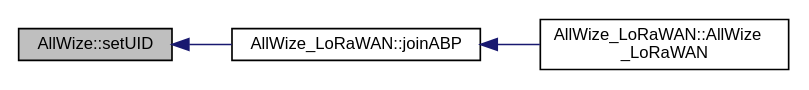
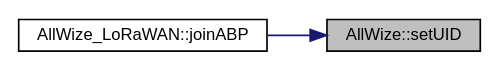
Before and after one commit to AllWize/allwize: the diagram in docs/classAllWize_a085442c11746e6a49eedf5d600636bae_icgraph.dot, drawn with Graphviz. The commit also changed 1467 other files, not shown here.

```diff
--- a/docs/classAllWize_a085442c11746e6a49eedf5d600636bae_icgraph.dot
+++ b/docs/classAllWize_a085442c11746e6a49eedf5d600636bae_icgraph.dot
@@ -1,11 +1,10 @@
 digraph "AllWize::setUID"
 {
+ // LATEX_PDF_SIZE
   edge [fontname="Helvetica",fontsize="10",labelfontname="Helvetica",labelfontsize="10"];
   node [fontname="Helvetica",fontsize="10",shape=record];
-  rankdir="LR";
-  Node1631 [label="AllWize::setUID",height=0.2,width=0.4,color="black", fillcolor="grey75", style="filled", fontcolor="black"];
-  Node1631 -> Node1632 [dir="back",color="midnightblue",fontsize="10",style="solid",fontname="Helvetica"];
-  Node1632 [label="AllWize_LoRaWAN::joinABP",height=0.2,width=0.4,color="black", fillcolor="white", style="filled",URL="$classAllWize__LoRaWAN.html#a744997b05e64e223306d6a4b737d5d18",tooltip="Stores the application and network keys for ABP activation. "];
-  Node1632 -> Node1633 [dir="back",color="midnightblue",fontsize="10",style="solid",fontname="Helvetica"];
-  Node1633 [label="AllWize_LoRaWAN::AllWize\l_LoRaWAN",height=0.2,width=0.4,color="black", fillcolor="white", style="filled",URL="$classAllWize__LoRaWAN.html#ac5b05857f081334c65f538e1625af1fc"];
+  rankdir="RL";
+  Node1 [label="AllWize::setUID",height=0.2,width=0.4,color="black", fillcolor="grey75", style="filled", fontcolor="black",tooltip="Saved the UID into the module memory."];
+  Node1 -> Node2 [dir="back",color="midnightblue",fontsize="10",style="solid",fontname="Helvetica"];
+  Node2 [label="AllWize_LoRaWAN::joinABP",height=0.2,width=0.4,color="black", fillcolor="white", style="filled",URL="$classAllWize__LoRaWAN.html#a744997b05e64e223306d6a4b737d5d18",tooltip="Stores the application and network keys for ABP activation."];
 }
```
